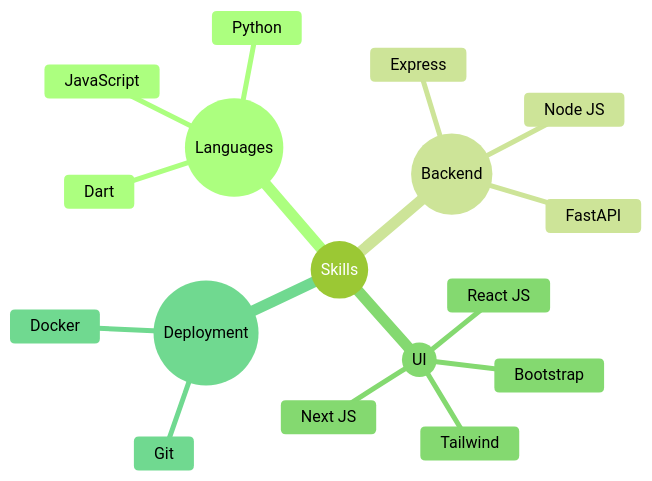
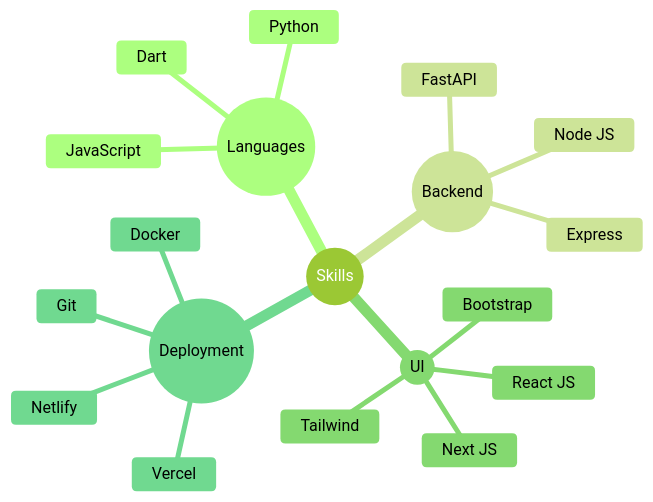
The diagram in README.md (MisbahHaq/MisbahHaq), drawn with Mermaid (forest theme) before and after one commit.

Commit message:
README.md

````diff
--- a/README.md
+++ b/README.md
@@ -14,20 +14,22 @@
 ```mermaid
 mindmap
   root((Skills))
     ((Languages))
       JavaScript
       Python
       Dart
     ((Backend))
       Node JS
       FastAPI
       Express
     ((UI))
       Tailwind
       Bootstrap
       React JS
       Next JS
     ((Deployment))
       Git
       Docker
+      Vercel
+      Netlify
 ```
````
